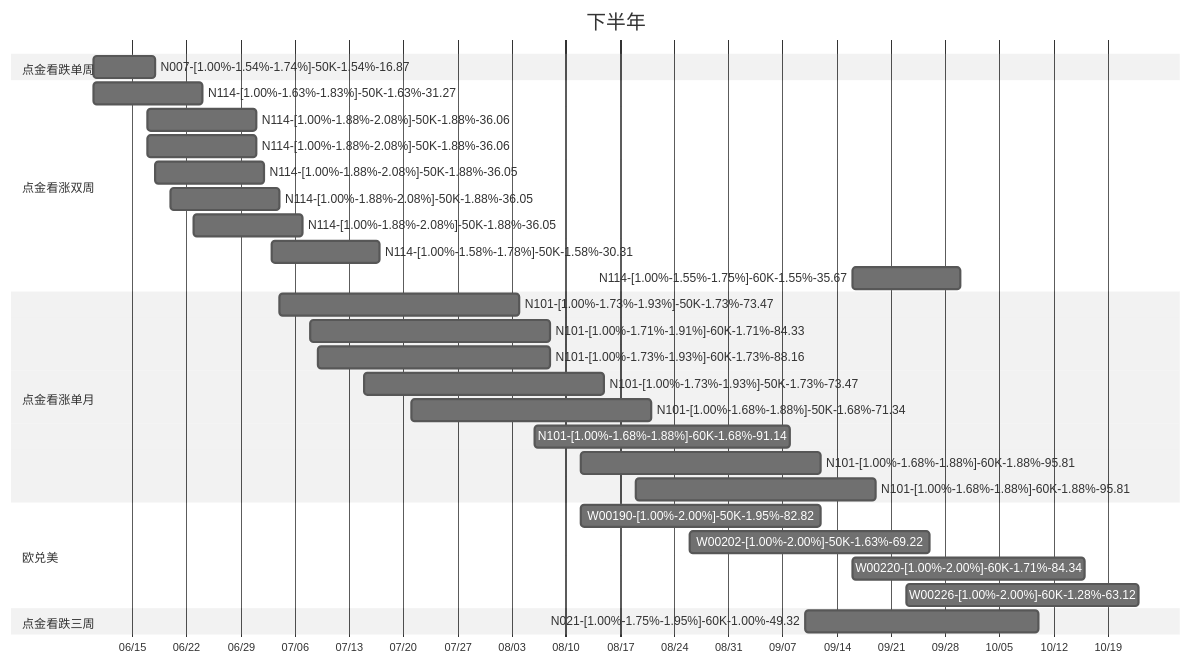
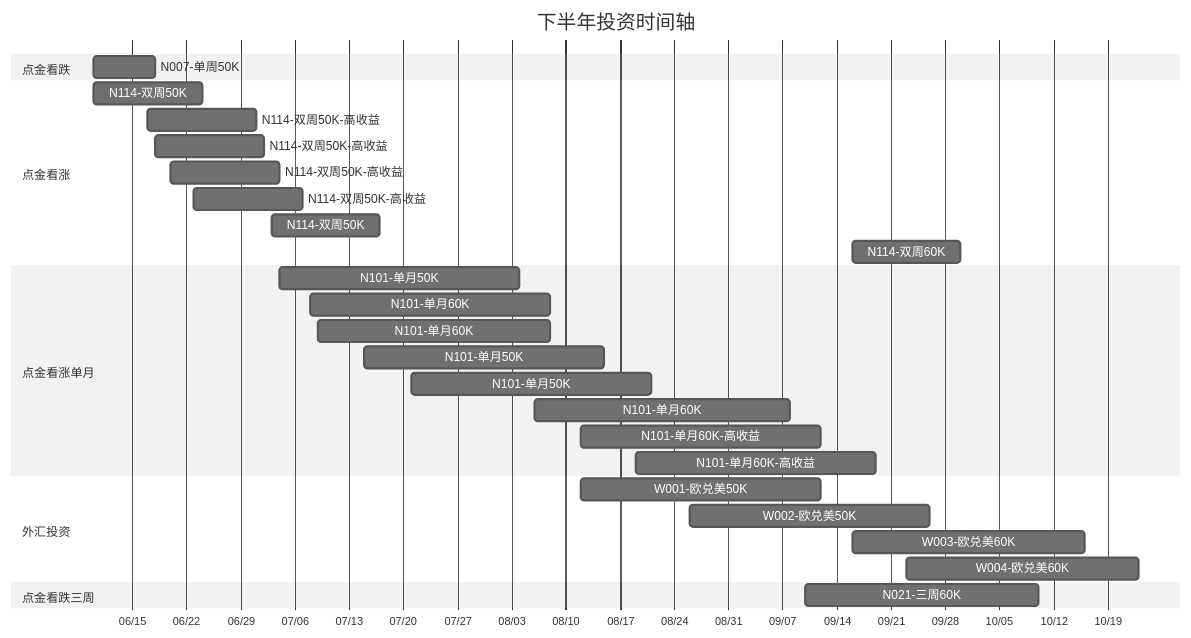
The third of 4 diagrams in content/Finance/2025.md (overlookart/overlookart.github.io), drawn with Mermaid (neutral theme) before and after one commit. The commit also changed other lines of this file, not shown here.

````diff
--- a/content/Finance/2025.md
+++ b/content/Finance/2025.md
@@ -35,35 +86,32 @@
 ```mermaid
 gantt
-    title 下半年
+    title 下半年投资时间轴
     dateFormat YYYY-MM-DD
     axisFormat %m/%d
-    section 点金看跌单周
-        N007-[1.00%-1.54%-1.74%]-50K-1.54%-16.87          :a1, 2025-06-10, 2025-06-18
-    section 点金看涨双周
-        N114-[1.00%-1.63%-1.83%]-50K-1.63%-31.27          :a2, 2025-06-10, 2025-06-24
-        N114-[1.00%-1.88%-2.08%]-50K-1.88%-36.06          :a3, 2025-06-17, 2025-07-01
-        N114-[1.00%-1.88%-2.08%]-50K-1.88%-36.06          :a3, 2025-06-17, 2025-07-01
-        N114-[1.00%-1.88%-2.08%]-50K-1.88%-36.05          :a5, 2025-06-18, 2025-07-02
-        N114-[1.00%-1.88%-2.08%]-50K-1.88%-36.05          :a6, 2025-06-20, 2025-07-04
-        N114-[1.00%-1.88%-2.08%]-50K-1.88%-36.05          :a7, 2025-06-23, 2025-07-07
-        N114-[1.00%-1.58%-1.78%]-50K-1.58%-30.31          :a7, 2025-07-03, 2025-07-17
-        N114-[1.00%-1.55%-1.75%]-60K-1.55%-35.67          :a7, 2025-09-16, 2025-09-30
+    section 点金看跌
+        N007-单周50K          :a1, 2025-06-10, 2025-06-18
+    section 点金看涨
+        N114-双周50K          :a2, 2025-06-10, 2025-06-24
+        N114-双周50K-高收益   :a3, 2025-06-17, 2025-07-01
+        N114-双周50K-高收益   :a4, 2025-06-18, 2025-07-02
+        N114-双周50K-高收益   :a5, 2025-06-20, 2025-07-04
+        N114-双周50K-高收益   :a6, 2025-06-23, 2025-07-07
+        N114-双周50K          :a7, 2025-07-03, 2025-07-17
+        N114-双周60K          :a8, 2025-09-16, 2025-09-30
     section 点金看涨单月
-        N101-[1.00%-1.73%-1.93%]-50K-1.73%-73.47          :a8, 2025-07-04, 2025-08-04
-        N101-[1.00%-1.71%-1.91%]-60K-1.71%-84.33          :a9, 2025-07-08, 2025-08-08
-        N101-[1.00%-1.73%-1.93%]-60K-1.73%-88.16          :a10, 2025-07-09, 2025-08-08
-        N101-[1.00%-1.73%-1.93%]-50K-1.73%-73.47          :a10, 2025-07-15, 2025-08-15
-        N101-[1.00%-1.68%-1.88%]-50K-1.68%-71.34          :a11, 2025-07-21, 2025-08-21
-        N101-[1.00%-1.68%-1.88%]-60K-1.68%-91.14          :a12, 2025-08-06, 2025-09-08
-        N101-[1.00%-1.68%-1.88%]-60K-1.88%-95.81          :a13, 2025-08-12, 2025-09-12
-        N101-[1.00%-1.68%-1.88%]-60K-1.88%-95.81          :a13, 2025-08-19, 2025-09-19
-    section 欧兑美
-        W00190-[1.00%-2.00%]-50K-1.95%-82.82          :a11, 2025-08-12, 2025-09-12
-        W00202-[1.00%-2.00%]-50K-1.63%-69.22          :a11, 2025-08-26, 2025-09-26
-        W00220-[1.00%-2.00%]-60K-1.71%-84.34          :a11, 2025-09-16, 2025-10-16
-        W00226-[1.00%-2.00%]-60K-1.28%-63.12          :a11, 2025-09-23, 2025-10-23
+        N101-单月50K          :a9, 2025-07-04, 2025-08-04
+        N101-单月60K          :a10, 2025-07-08, 2025-08-08
+        N101-单月60K          :a11, 2025-07-09, 2025-08-08
+        N101-单月50K          :a12, 2025-07-15, 2025-08-15
+        N101-单月50K          :a13, 2025-07-21, 2025-08-21
+        N101-单月60K          :a14, 2025-08-06, 2025-09-08
+        N101-单月60K-高收益   :a15, 2025-08-12, 2025-09-12
+        N101-单月60K-高收益   :a16, 2025-08-19, 2025-09-19
+    section 外汇投资
+        W001-欧兑美50K        :b1, 2025-08-12, 2025-09-12
+        W002-欧兑美50K        :b2, 2025-08-26, 2025-09-26
+        W003-欧兑美60K        :b3, 2025-09-16, 2025-10-16
+        W004-欧兑美60K        :b4, 2025-09-23, 2025-10-23
     section 点金看跌三周
-        N021-[1.00%-1.75%-1.95%]-60K-1.00%-49.32          :a13, 2025-09-10, 2025-10-10
-
-
+        N021-三周60K          :c1, 2025-09-10, 2025-10-10
 ```
````
